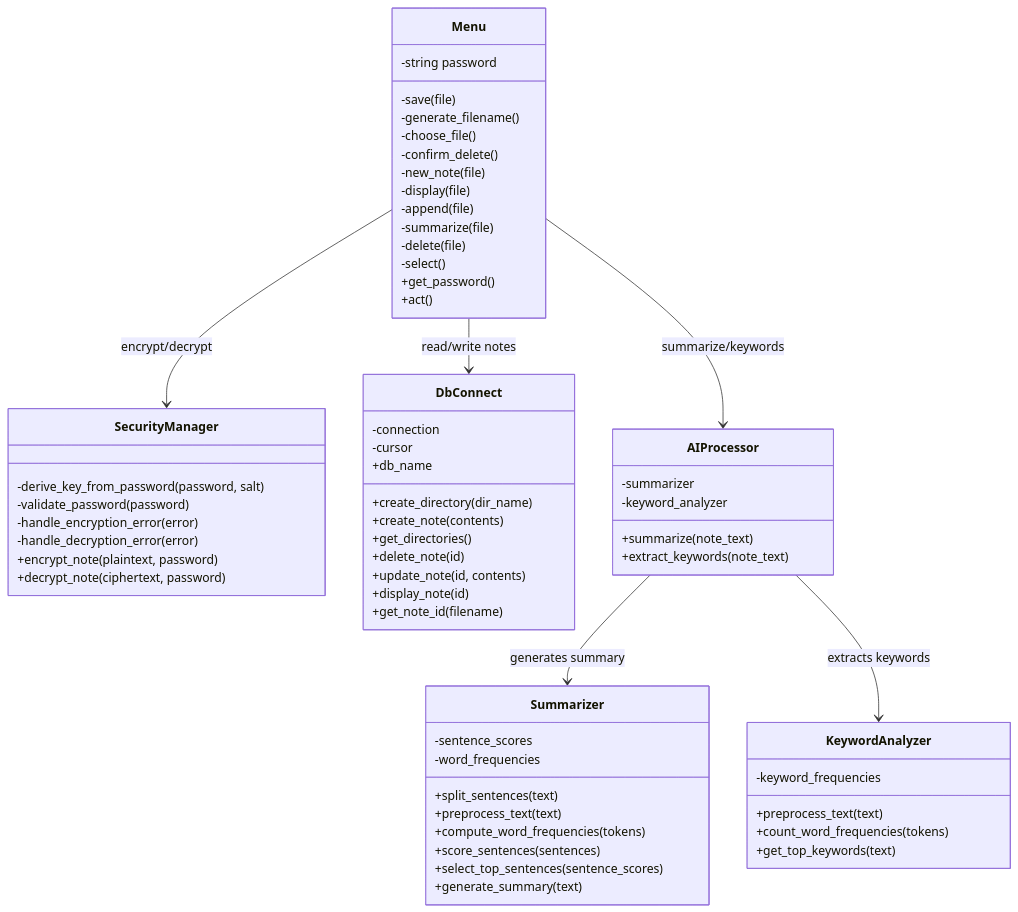
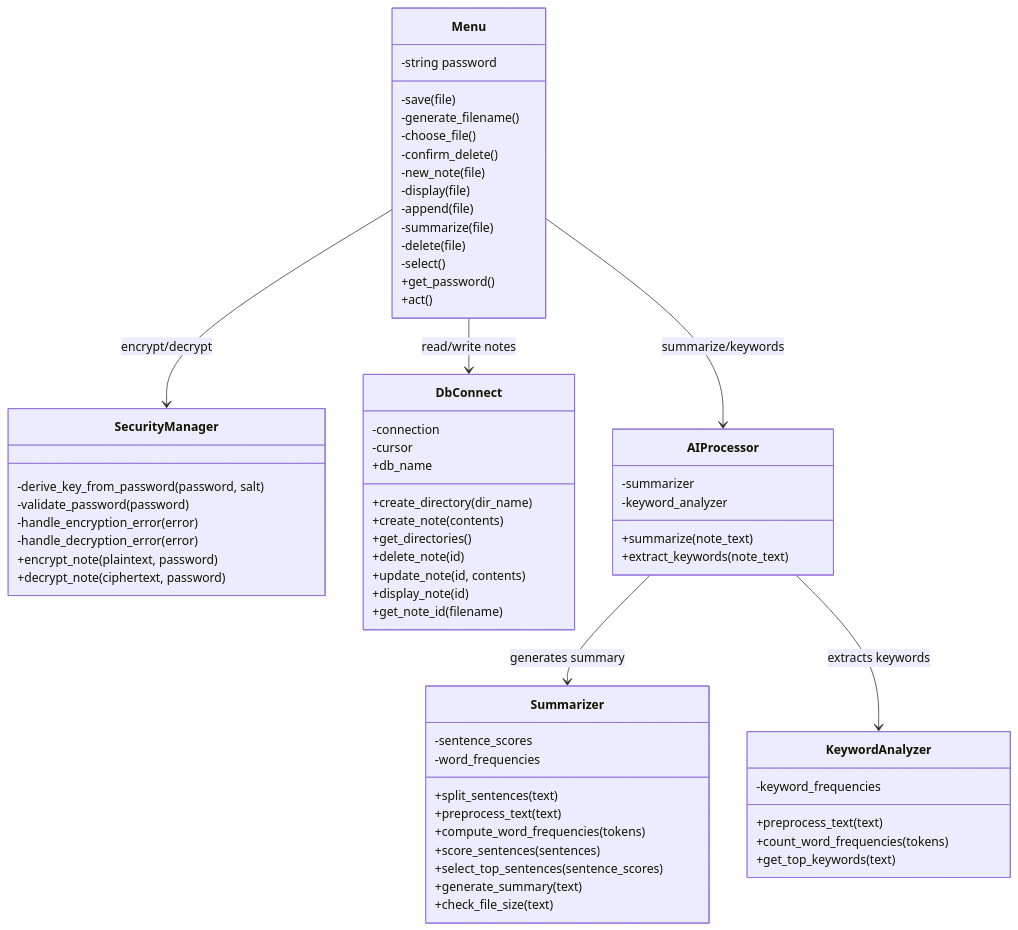
One commit to t-drape/SE300_Secure_Notes_App changed the diagram in HLD_Diagrams/SDD UML Class Diagram.md. Above: the diagram before and after it, drawn with Mermaid.

Commit message:
Update SDD UML Class Diagram.md
added check_file_size to summarize

````diff
--- a/HLD_Diagrams/SDD UML Class Diagram.md
+++ b/HLD_Diagrams/SDD UML Class Diagram.md
@@ -1,71 +1,72 @@
 ```mermaid
 classDiagram
     class Menu {
         -string password
         -save(file)
         -generate_filename()
         -choose_file()
         -confirm_delete()
         -new_note(file)
         -display(file)
         -append(file)
         -summarize(file)
         -delete(file)
         -select()
         +get_password()
         +act()
     }
 
     class SecurityManager {
         -derive_key_from_password(password, salt)
         -validate_password(password)
         -handle_encryption_error(error)
         -handle_decryption_error(error)
         +encrypt_note(plaintext, password)
         +decrypt_note(ciphertext, password)
     }
 
     class DbConnect {
         -connection
         -cursor
         +db_name
         +create_directory(dir_name)
         +create_note(contents)
         +get_directories()
         +delete_note(id)
         +update_note(id, contents)
         +display_note(id)
         +get_note_id(filename)
     }
 
     class AIProcessor {
         -summarizer
         -keyword_analyzer
         +summarize(note_text)
         +extract_keywords(note_text)
     }
 
     class Summarizer {
         -sentence_scores
         -word_frequencies
         +split_sentences(text)
         +preprocess_text(text)
         +compute_word_frequencies(tokens)
         +score_sentences(sentences)
         +select_top_sentences(sentence_scores)
         +generate_summary(text)
+        +check_file_size(text)
     }
 
     class KeywordAnalyzer {
         -keyword_frequencies
         +preprocess_text(text)
         +count_word_frequencies(tokens)
         +get_top_keywords(text)
     }
 
     Menu --> SecurityManager : encrypt/decrypt
     Menu --> DbConnect : read/write notes
     Menu --> AIProcessor : summarize/keywords
     AIProcessor --> Summarizer : generates summary
     AIProcessor --> KeywordAnalyzer : extracts keywords
 ```
````
